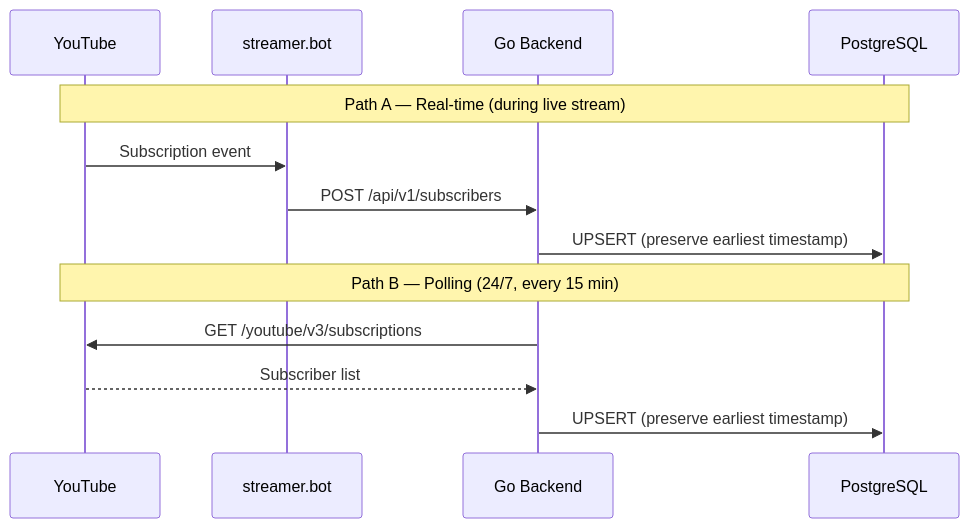
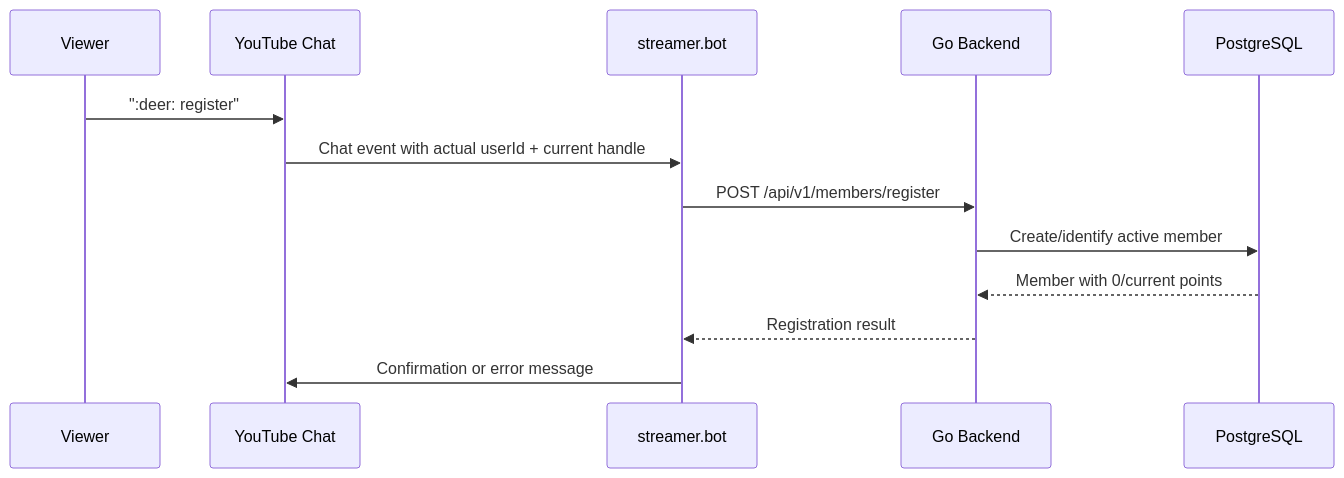
One commit to oat431/document_template changed the second of 6 diagrams in external_spec/deerngo_bot/02_design/029_architecture_overview.md. Above: the diagram before and after it, drawn with Mermaid. The commit also changed other lines of this file and 32 other files, not shown here.

````diff
--- a/external_spec/deerngo_bot/02_design/029_architecture_overview.md
+++ b/external_spec/deerngo_bot/02_design/029_architecture_overview.md
@@ -85,17 +92,16 @@
 ```mermaid
 sequenceDiagram
-    participant YT as YouTube
+    participant V as Viewer
+    participant YT as YouTube Chat
     participant SB as streamer.bot
     participant Go as Go Backend
     participant DB as PostgreSQL
 
-    Note over YT,DB: Path A — Real-time (during live stream)
-    YT->>SB: Subscription event
-    SB->>Go: POST /api/v1/subscribers
-    Go->>DB: UPSERT (preserve earliest timestamp)
-
-    Note over YT,DB: Path B — Polling (24/7, every 15 min)
-    Go->>YT: GET /youtube/v3/subscriptions
-    YT-->>Go: Subscriber list
-    Go->>DB: UPSERT (preserve earliest timestamp)
+    V->>YT: ":deer: register"
+    YT->>SB: Chat event with actual userId + current handle
+    SB->>Go: POST /api/v1/members/register
+    Go->>DB: Create/identify active member
+    DB-->>Go: Member with 0/current points
+    Go-->>SB: Registration result
+    SB->>YT: Confirmation or error message
 ```
````
